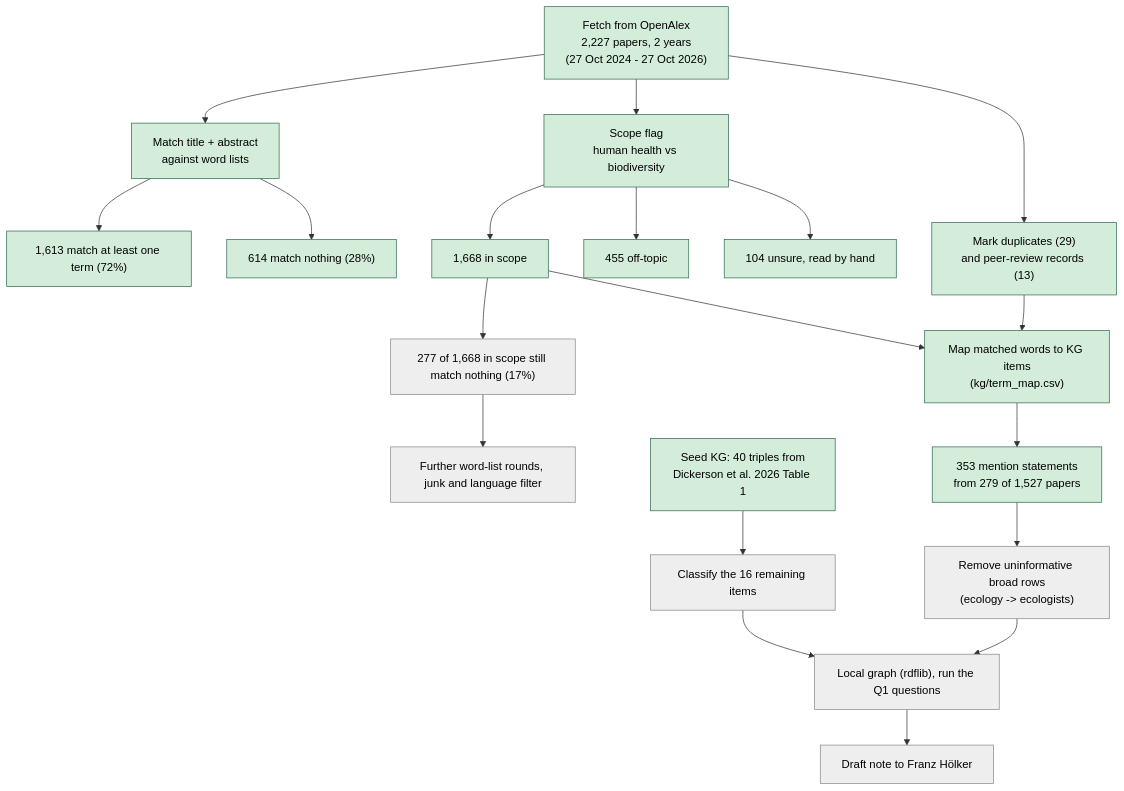
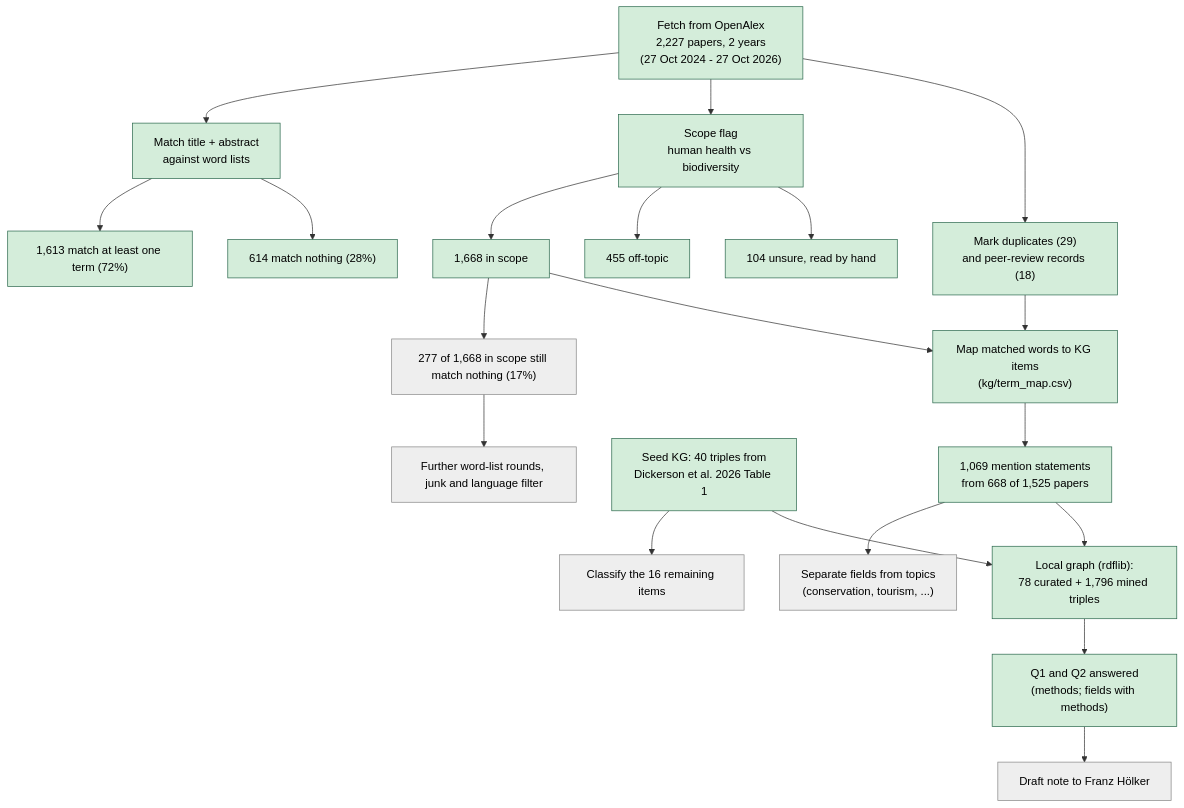
Before and after one commit to VasundharaShaw/alan-kg: the second of 2 diagrams in README.md, drawn with Mermaid. The commit also changed other lines of this file and 4 other files, not shown here.

First line of the commit message:
Add graph drawing notebook; README, requirements and term map updates

````diff
--- a/README.md
+++ b/README.md
@@ -175,23 +250,24 @@
 ```mermaid
 flowchart TD
     A["Fetch from OpenAlex<br/>2,227 papers, 2 years<br/>(27 Oct 2024 - 27 Oct 2026)"]:::done --> B["Match title + abstract<br/>against word lists"]:::done
     B --> C["1,613 match at least one term (72%)"]:::done
     B --> D["614 match nothing (28%)"]:::done
     A --> E["Scope flag<br/>human health vs biodiversity"]:::done
     E --> F["1,668 in scope"]:::done
     E --> G["455 off-topic"]:::done
     E --> H["104 unsure, read by hand"]:::done
-    A --> M1["Mark duplicates (29)<br/>and peer-review records (13)"]:::done
+    A --> M1["Mark duplicates (29)<br/>and peer-review records (18)"]:::done
     F --> I["277 of 1,668 in scope still match nothing (17%)"]:::todo
     I --> J["Further word-list rounds, junk and language filter"]:::todo
     S["Seed KG: 40 triples from<br/>Dickerson et al. 2026 Table 1"]:::done --> K["Classify the 16 remaining items"]:::todo
     F --> L["Map matched words to KG items<br/>(kg/term_map.csv)"]:::done
     M1 --> L
-    L --> N["353 mention statements<br/>from 279 of 1,527 papers"]:::done
-    N --> P["Remove uninformative broad rows<br/>(ecology -> ecologists)"]:::todo
-    K --> Q["Local graph (rdflib), run the Q1 questions"]:::todo
-    P --> Q
-    Q --> O["Draft note to Franz Hölker"]:::todo
+    L --> N["1,069 mention statements<br/>from 668 of 1,525 papers"]:::done
+    N --> P["Separate fields from topics<br/>(conservation, tourism, ...)"]:::todo
+    N --> Q["Local graph (rdflib):<br/>78 curated + 1,796 mined triples"]:::done
+    S --> Q
+    Q --> R["Q1 and Q2 answered<br/>(methods; fields with methods)"]:::done
+    R --> O["Draft note to Franz Hölker"]:::todo
     classDef done fill:#d4edda,stroke:#2d6a4f,color:#000
     classDef todo fill:#eeeeee,stroke:#888888,color:#000
 ```
````
